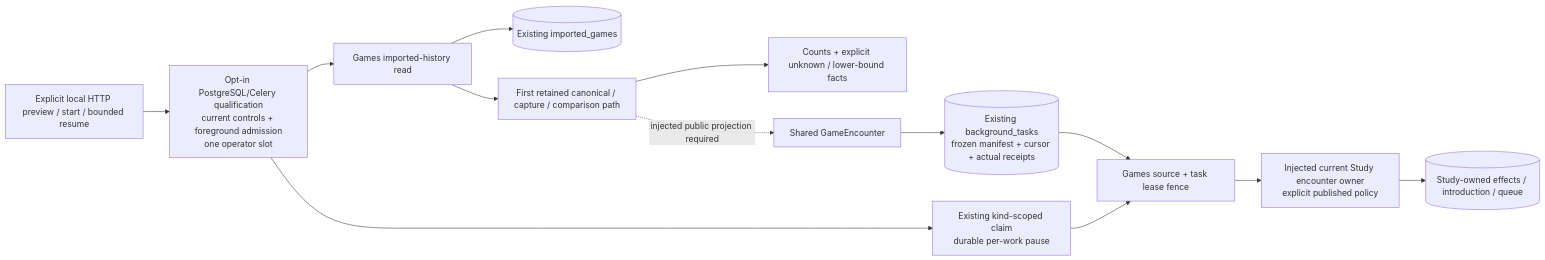
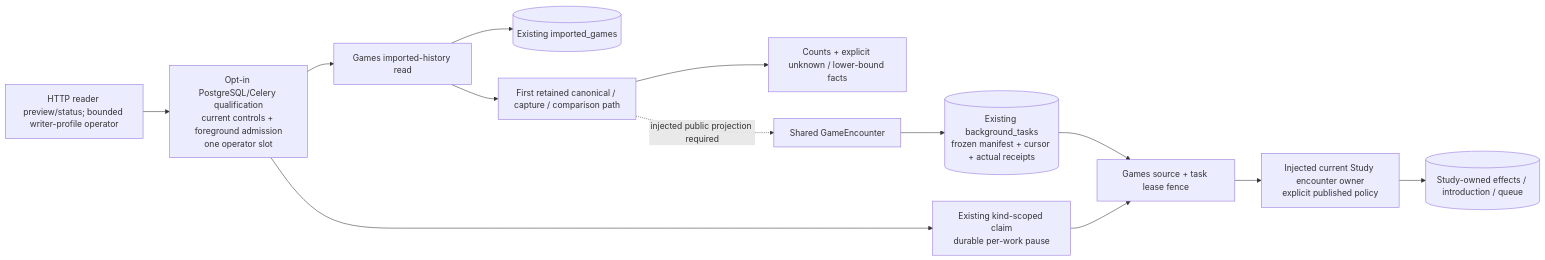
The diagram in docs/product-v02/game-history/README.md (aaweaver-actuary/tempo), drawn with Mermaid before and after one commit. The commit also changed other lines of this file, not shown here.

Commit message:
Record reader-role correction and exact packaged writer budget blocker

````diff
--- a/docs/product-v02/game-history/README.md
+++ b/docs/product-v02/game-history/README.md
@@ -93,15 +93,15 @@
 ```mermaid
 flowchart LR
-  Operator["Explicit local HTTP preview / start / bounded resume"] --> Guard["Opt-in PostgreSQL/Celery qualification\ncurrent controls + foreground admission\none operator slot"]
+  Operator["HTTP reader preview/status; bounded writer-profile operator"] --> Guard["Opt-in PostgreSQL/Celery qualification\ncurrent controls + foreground admission\none operator slot"]
   Guard --> Read["Games imported-history read"]
   Read --> Existing[("Existing imported_games")]
   Read --> First["First retained canonical / capture / comparison path"]
   First --> Preview["Counts + explicit unknown / lower-bound facts"]
   First -. "injected public projection required" .-> Encounter["Shared GameEncounter"]
   Encounter --> Task[("Existing background_tasks\nfrozen manifest + cursor + actual receipts")]
   Task --> Fence["Games source + task lease fence"]
   Guard --> Claim["Existing kind-scoped claim\ndurable per-work pause"]
   Claim --> Fence
   Fence --> Owner["Injected current Study encounter owner\nexplicit published policy"]
   Owner --> Study[("Study-owned effects / introduction / queue")]
 ```
````
